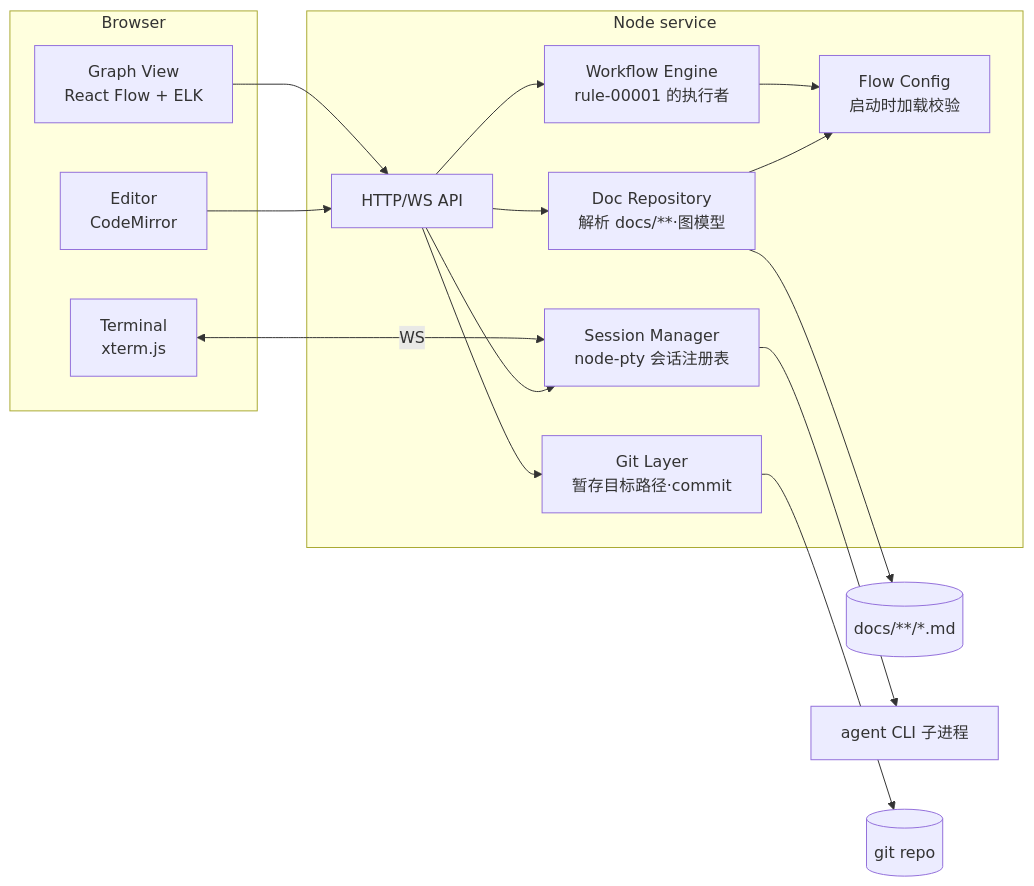
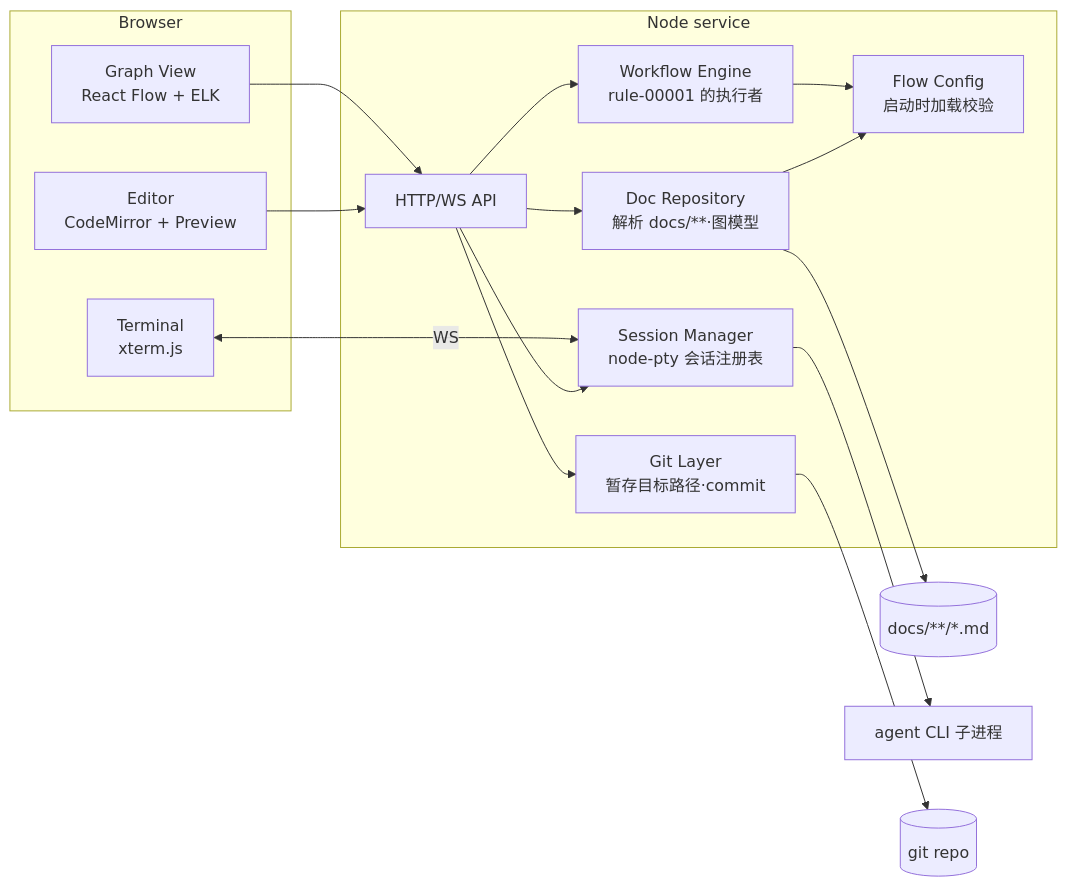
One commit to ryan-alexander-zhang/ai-native-project-template changed the first of 3 diagrams in docs/design/design-00001-docs-whiteboard.md. Above: the diagram before and after it, drawn with Mermaid. The commit also changed other lines of this file and 16 other files, not shown here.

First line of the commit message:
feat(whiteboard): markdown preview with mermaid rendering

````diff
--- a/docs/design/design-00001-docs-whiteboard.md
+++ b/docs/design/design-00001-docs-whiteboard.md
@@ -31,24 +33,24 @@
 ```mermaid
 flowchart LR
   subgraph Browser
     GV[Graph View<br/>React Flow + ELK]
-    ED[Editor<br/>CodeMirror]
+    ED[Editor<br/>CodeMirror + Preview]
     TM[Terminal<br/>xterm.js]
   end
   subgraph Node service
     API[HTTP/WS API]
     DR[Doc Repository<br/>解析 docs/**·图模型]
     WE[Workflow Engine<br/>rule-00001 的执行者]
     SM[Session Manager<br/>node-pty 会话注册表]
     GL[Git Layer<br/>暂存目标路径·commit]
     CFG[Flow Config<br/>启动时加载校验]
   end
   GV & ED --> API
   TM <--WS--> SM
   API --> DR & WE & SM & GL
   WE --> CFG
   DR --> CFG
   DR --> FS[(docs/**/*.md)]
   SM --> CLI[agent CLI 子进程]
   GL --> GIT[(git repo)]
 ```
````
